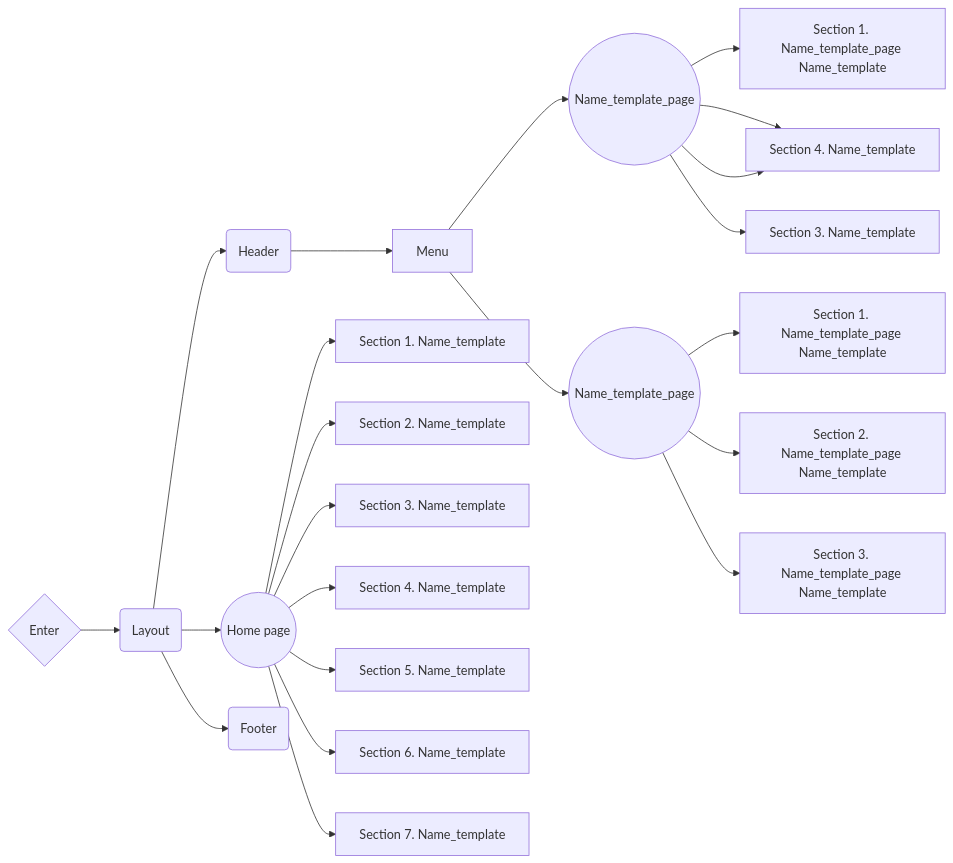
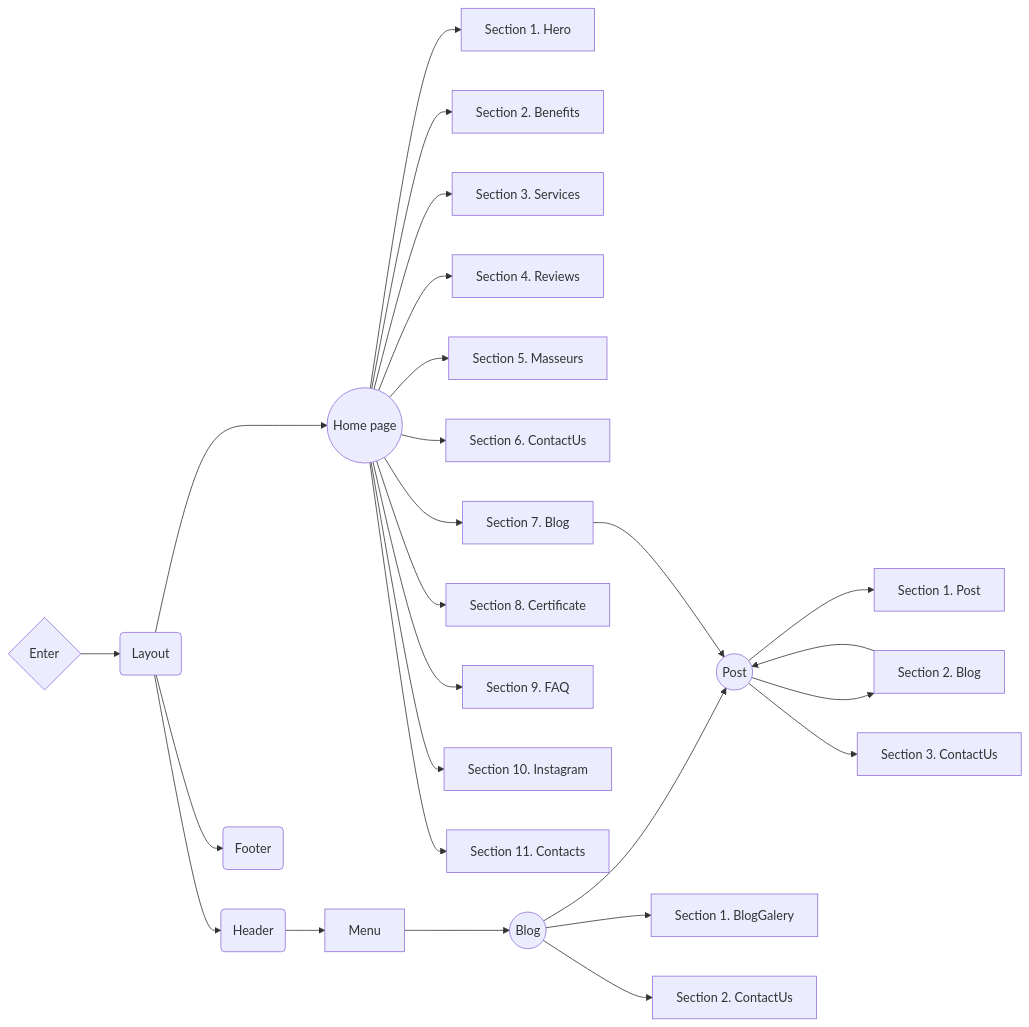
One commit to WebDevSynergy/nm_massagekiev changed the diagram in README.md. Above: the diagram before and after it, drawn with Mermaid. The commit also changed other lines of this file, not shown here.

````diff
--- a/README.md
+++ b/README.md
@@ -58,32 +58,34 @@
 ```mermaid
 graph LR
 
 Z{Enter} --> L(Layout)
   L --> B(Header)
   L --> A((Home page))
   L --> C(Footer)
   B --> BA[Menu]
 
-  A --> AA[Section 1. Name_template]
-  A --> AB[Section 2. Name_template]
-  A --> AC[Section 3. Name_template]
-  A --> AD[Section 4. Name_template]
-  A --> AE[Section 5. Name_template]
-  A --> AF[Section 6. Name_template]
-  A --> AG[Section 7. Name_template]
+  A --> AA[Section 1. Hero]
+  A --> AB[Section 2. Benefits]
+  A --> AC[Section 3. Services]
+  A --> AD[Section 4. Reviews]
+  A --> AE[Section 5. Masseurs]
+  A --> AF[Section 6. ContactUs]
+  A --> AG[Section 7. Blog] 
+  A --> AH[Section 8. Certificate]
+  A --> AI[Section 9. FAQ]
+  A --> AJ[Section 10. Instagram]
+  A --> AK[Section 11. Contacts]
 
 
-  BA --> D((Name_template_page))
-  D --> DA[Section 1. Name_template_page Name_template]
-  D --> DB[Section 2. Name_template_page Name_template]
-  D --> DC[Section 3. Name_template]
-  D --> DB[Section 4. Name_template]
+  BA --> D((Blog)) --> E((Post))
+  D --> DA[Section 1. BlogGalery]
+  D --> DB[Section 2. ContactUs]
 
 
-  BA --> E((Name_template_page))
-  E --> EA[Section 1. Name_template_page Name_template]
-  E --> EB[Section 2. Name_template_page Name_template]
-  E --> EC[Section 3. Name_template_page Name_template]
+  AG --> E((Post))
+  E --> EA[Section 1. Post]
+  E --> EC[Section 2. Blog] --> E((Post))
+  E --> EB[Section 3. ContactUs]
 
 
 ```
````
